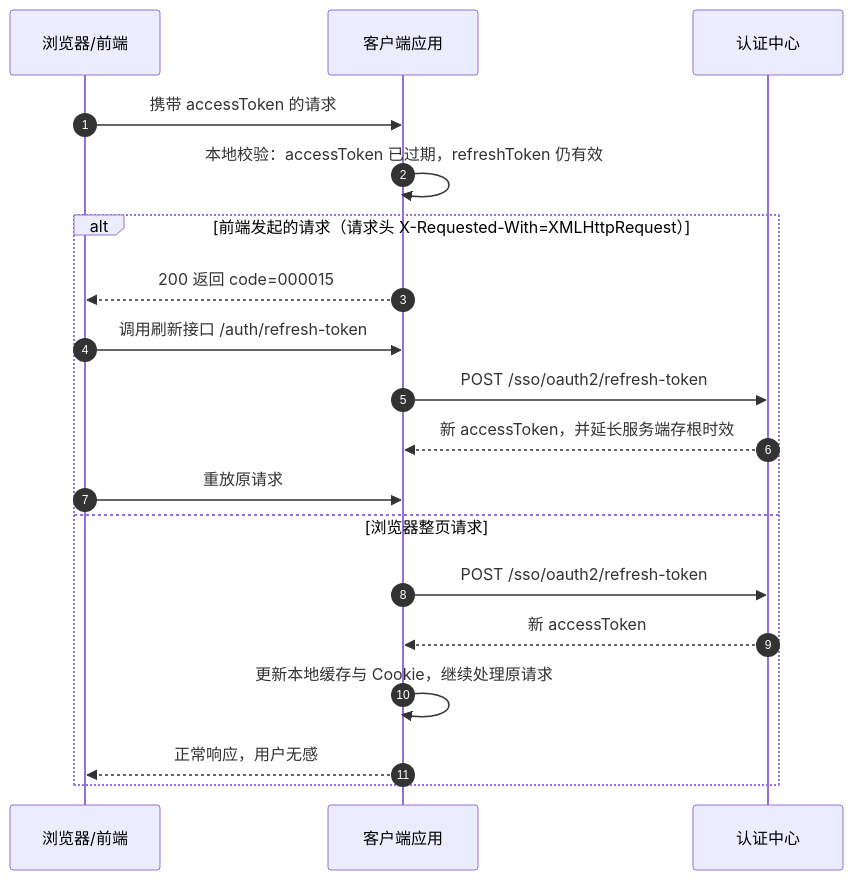
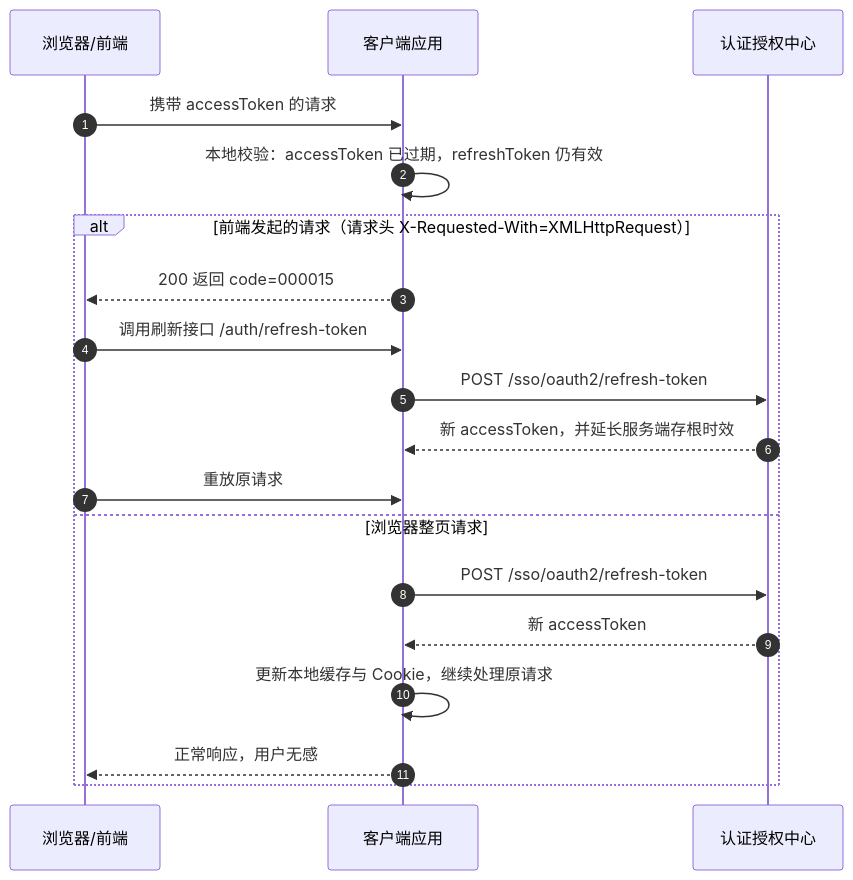
Before and after one commit to a466350665/smart-sso: the second of 3 diagrams in docs/architecture.md, drawn with Mermaid. The commit also changed other lines of this file and 31 other files, not shown here.

````diff
--- a/docs/architecture.md
+++ b/docs/architecture.md
@@ -70,22 +70,22 @@
 ```mermaid
 sequenceDiagram
     autonumber
     participant B as 浏览器/前端
     participant C as 客户端应用
-    participant S as 认证中心
+    participant S as 认证授权中心
 
     B->>C: 携带 accessToken 的请求
     C->>C: 本地校验：accessToken 已过期，refreshToken 仍有效
     alt 前端发起的请求（请求头 X-Requested-With=XMLHttpRequest）
         C-->>B: 200 返回 code=000015
         B->>C: 调用刷新接口 /auth/refresh-token
         C->>S: POST /sso/oauth2/refresh-token
         S-->>C: 新 accessToken，并延长服务端存根时效
         B->>C: 重放原请求
     else 浏览器整页请求
         C->>S: POST /sso/oauth2/refresh-token
         S-->>C: 新 accessToken
         C->>C: 更新本地缓存与 Cookie，继续处理原请求
         C-->>B: 正常响应，用户无感
     end
 ```
````
